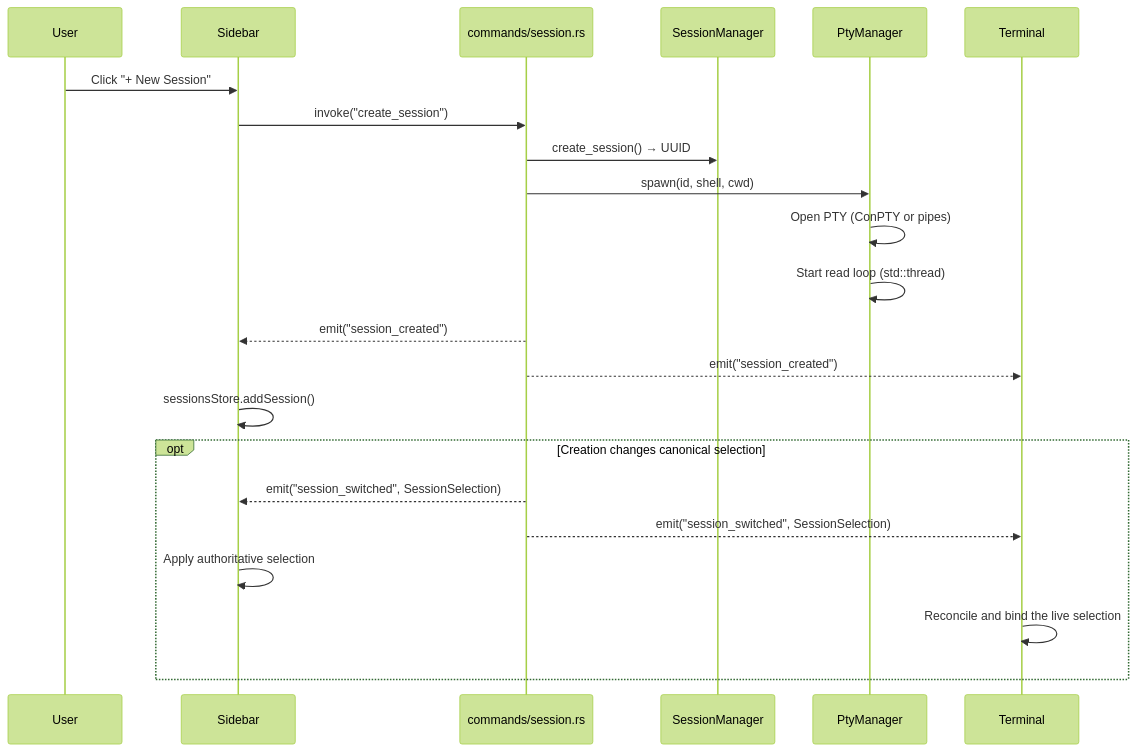
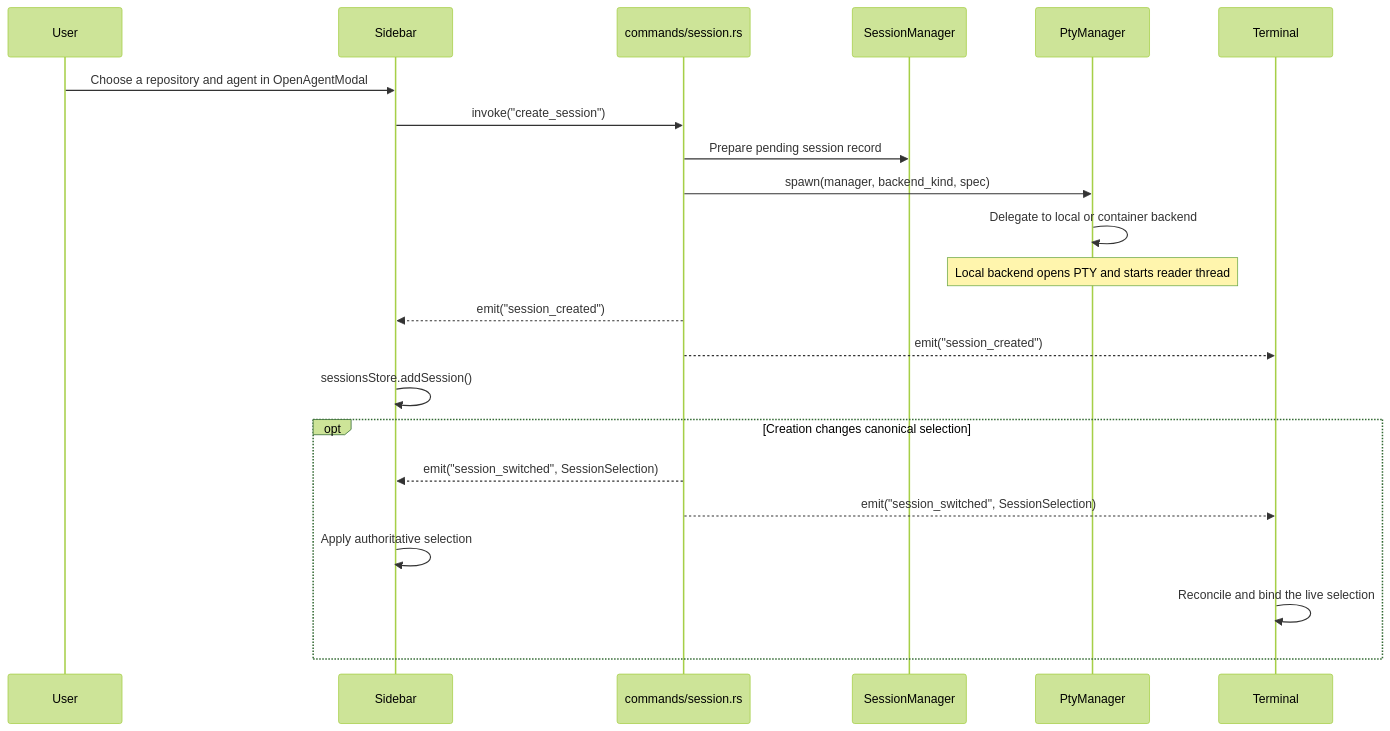
The seventh of 14 diagrams in docs/reference/architecture.md (mblua/AgentsCommander), drawn with Mermaid (forest theme) before and after one commit. The commit also changed other lines of this file, not shown here.

Commit message:
docs(architecture): drop stale version claim, add checked-at footer, fix stale names (#4526)

````diff
--- a/docs/reference/architecture.md
+++ b/docs/reference/architecture.md
@@ -530,25 +539,25 @@
 ```mermaid
 sequenceDiagram
     participant U as User
     participant SB as Sidebar
     participant CMD as commands/session.rs
     participant SM as SessionManager
     participant PM as PtyManager
     participant TM as Terminal
 
-    U->>SB: Click "+ New Session"
+    U->>SB: Choose a repository and agent in OpenAgentModal
     SB->>CMD: invoke("create_session")
-    CMD->>SM: create_session() → UUID
-    CMD->>PM: spawn(id, shell, cwd)
-    PM->>PM: Open PTY (ConPTY or pipes)
-    PM->>PM: Start read loop (std::thread)
+    CMD->>SM: Prepare pending session record
+    CMD->>PM: spawn(manager, backend_kind, spec)
+    PM->>PM: Delegate to local or container backend
+    Note over PM: Local backend opens PTY and starts reader thread
     CMD-->>SB: emit("session_created")
     CMD-->>TM: emit("session_created")
     SB->>SB: sessionsStore.addSession()
     opt Creation changes canonical selection
         CMD-->>SB: emit("session_switched", SessionSelection)
         CMD-->>TM: emit("session_switched", SessionSelection)
         SB->>SB: Apply authoritative selection
         TM->>TM: Reconcile and bind the live selection
     end
 ```
````
